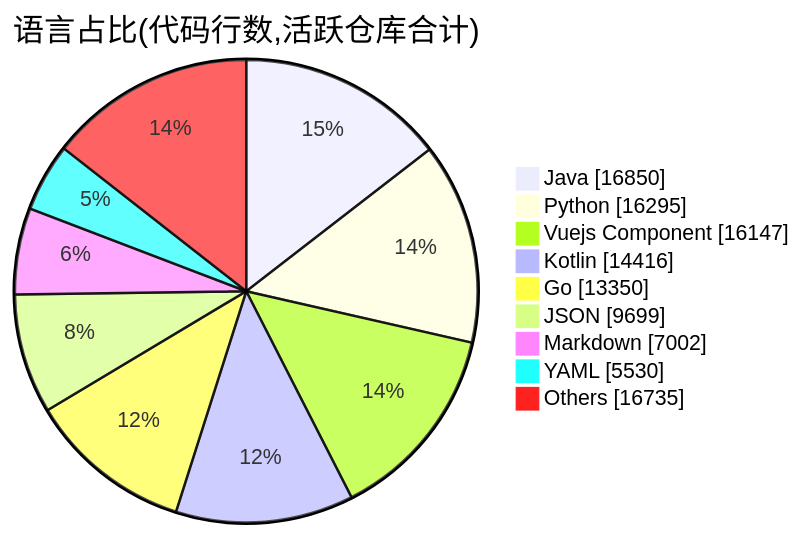
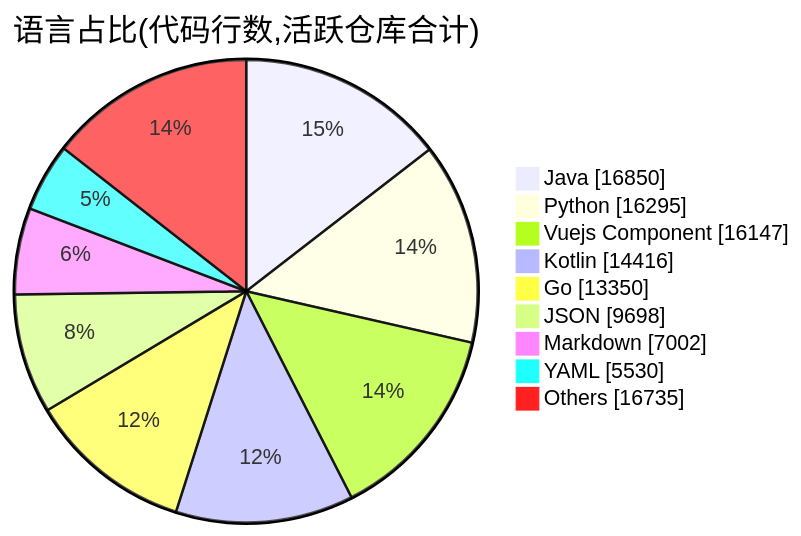
Before and after one commit to Conflux-Union/.github: the second of 2 diagrams in profile/README.md, drawn with Mermaid. The commit also changed other lines of this file and 1 other file, not shown here.

````diff
--- a/profile/README.md
+++ b/profile/README.md
@@ -78,13 +78,13 @@
 ```mermaid
 pie showData
     title 语言占比(代码行数,活跃仓库合计)
     "Java" : 16850
     "Python" : 16295
     "Vuejs Component" : 16147
     "Kotlin" : 14416
     "Go" : 13350
-    "JSON" : 9699
+    "JSON" : 9698
     "Markdown" : 7002
     "YAML" : 5530
     "Others" : 16735
 ```
````
